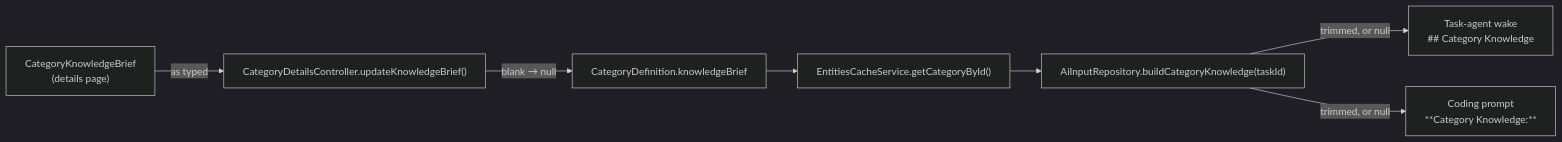
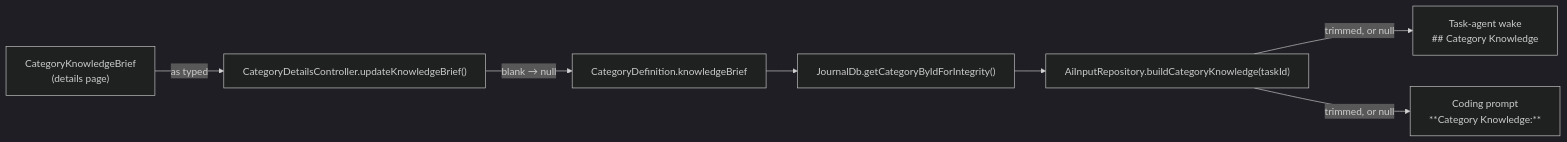
Before and after one commit to matthiasn/lotti: the second of 2 diagrams in knowledge/features/categories.md, drawn with Mermaid (dark theme). The commit also changed other lines of this file and 4 other files, not shown here.

````diff
--- a/knowledge/features/categories.md
+++ b/knowledge/features/categories.md
@@ -72,9 +72,9 @@
 ```mermaid
 flowchart LR
   Field["CategoryKnowledgeBrief<br/>(details page)"] -->|"as typed"| Ctl["CategoryDetailsController.updateKnowledgeBrief()"]
   Ctl -->|"blank → null"| Def["CategoryDefinition.knowledgeBrief"]
-  Def --> Cache["EntitiesCacheService.getCategoryById()"]
-  Cache --> Seam["AiInputRepository.buildCategoryKnowledge(taskId)"]
+  Def --> DB["JournalDb.getCategoryByIdForIntegrity()"]
+  DB --> Seam["AiInputRepository.buildCategoryKnowledge(taskId)"]
   Seam -->|"trimmed, or null"| Wake["Task-agent wake<br/>## Category Knowledge"]
   Seam -->|"trimmed, or null"| Coding["Coding prompt<br/>**Category Knowledge:**"]
 ```
````
